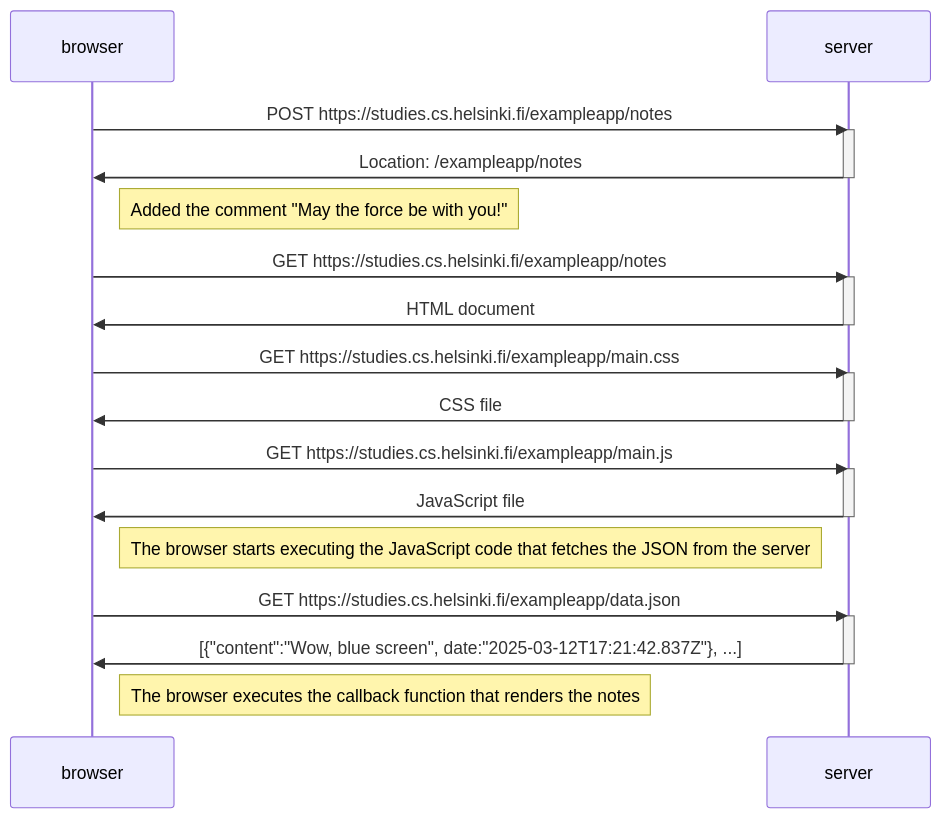
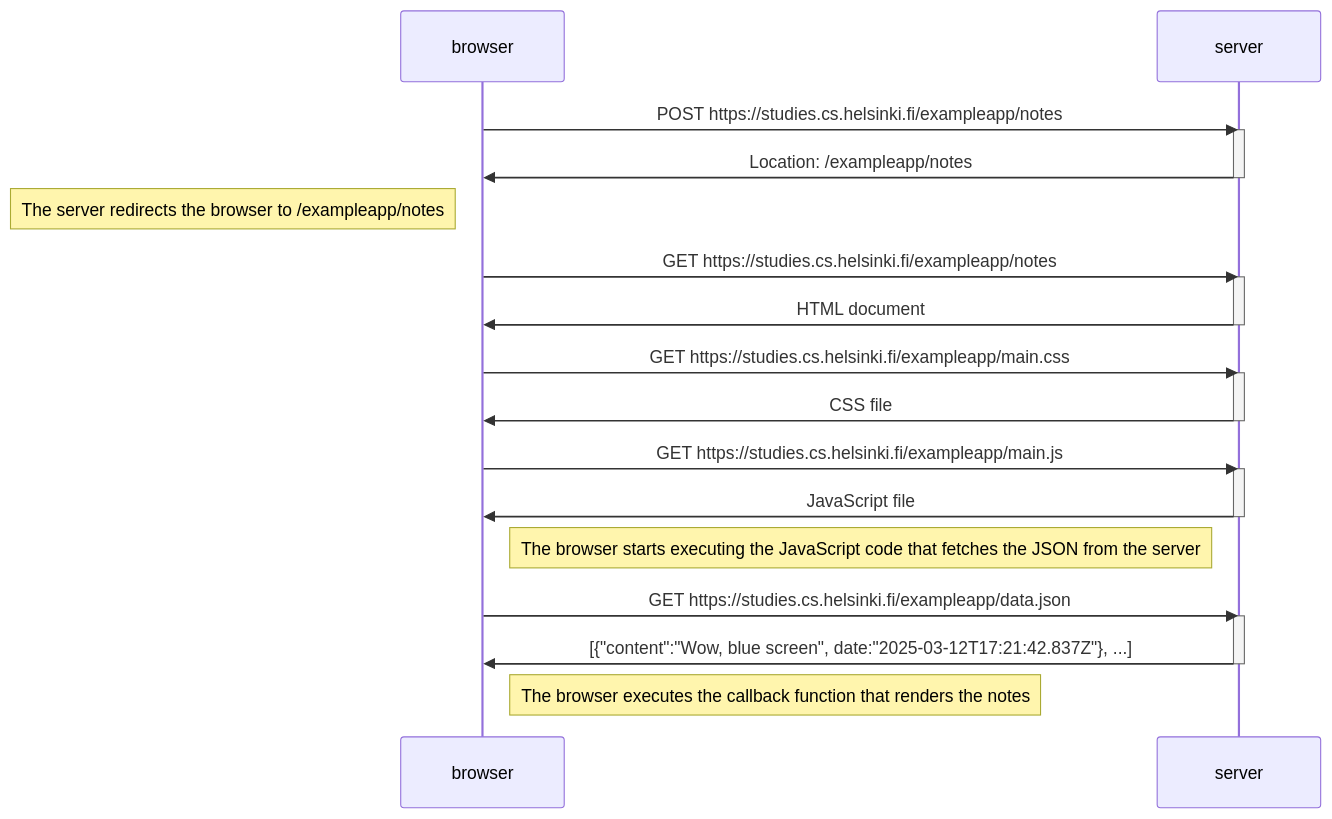
Before and after one commit to Mateo-Coello/FullStackOpen: the diagram in part0/exercise0_4.md, drawn with Mermaid.

Commit message:
Exercise 0.4

````diff
--- a/part0/exercise0_4.md
+++ b/part0/exercise0_4.md
@@ -1,36 +1,36 @@
 ```mermaid
 sequenceDiagram
     participant browser
     participant server
 
     browser->>server: POST https://studies.cs.helsinki.fi/exampleapp/notes
     activate server
     server->>browser: Location: /exampleapp/notes
     deactivate server
     
-    Note right of browser: Added the comment "May the force be with you!"
+    Note left of browser: The server redirects the browser to /exampleapp/notes
 
     browser->>server: GET https://studies.cs.helsinki.fi/exampleapp/notes
     activate server
     server->>browser: HTML document
     deactivate server
 
     browser->>server: GET https://studies.cs.helsinki.fi/exampleapp/main.css
     activate server   
     server->>browser: CSS file
     deactivate server
 
     browser->>server: GET https://studies.cs.helsinki.fi/exampleapp/main.js
     activate server   
     server->>browser: JavaScript file
     deactivate server
 
     Note right of browser: The browser starts executing the JavaScript code that fetches the JSON from the server
     
     browser->>server: GET https://studies.cs.helsinki.fi/exampleapp/data.json
     activate server   
     server->>browser: [{"content":"Wow, blue screen", date:"2025-03-12T17:21:42.837Z"}, ...]
     deactivate server
     
     Note right of browser: The browser executes the callback function that renders the notes
 ```
````
